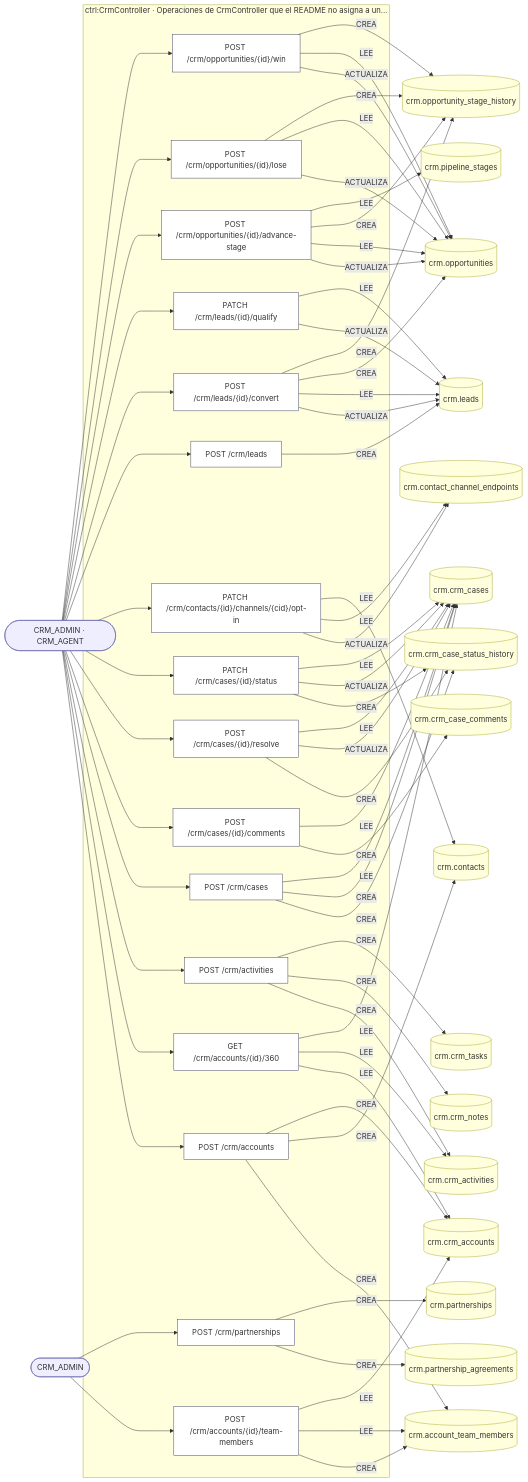
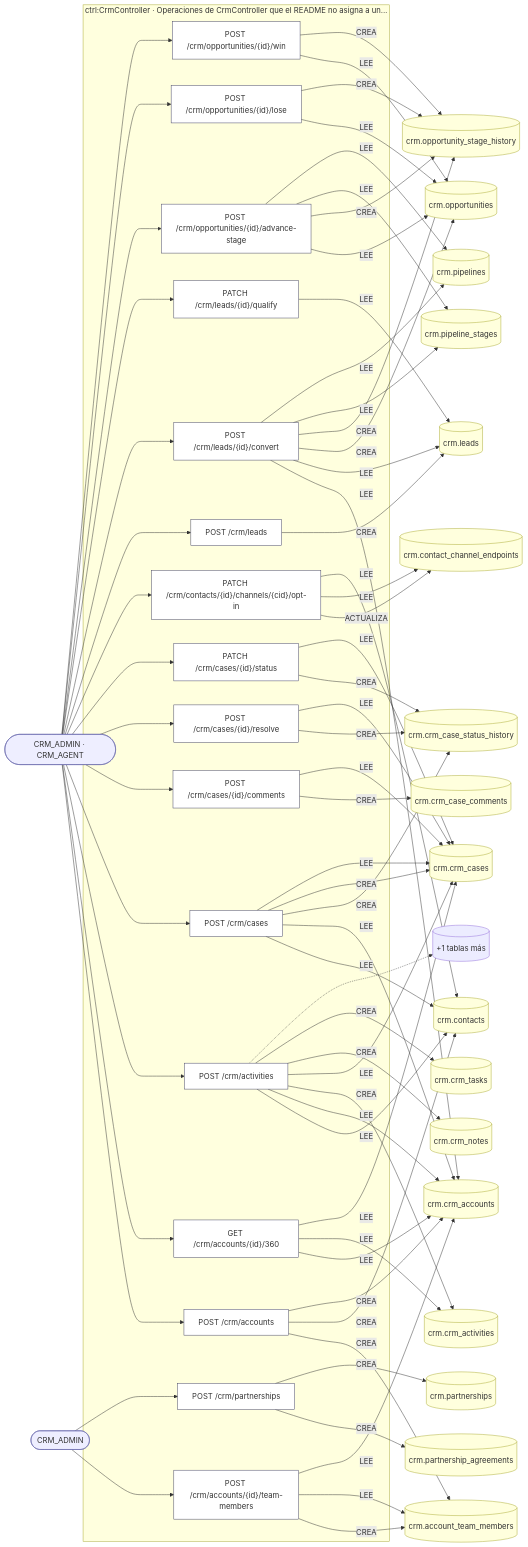
One commit to mdavila-2001/mantra-core-health-api changed the first of 15 diagrams in docs/inventario/flujos/crm.md. Above: the diagram before and after it, drawn with Mermaid. The commit also changed other lines of this file and 438 other files, not shown here.

```diff
--- a/docs/inventario/flujos/crm.md
+++ b/docs/inventario/flujos/crm.md
@@ -53,32 +53,34 @@
   t8[("crm.crm_cases")]:::tabla
   t12[("crm.crm_notes")]:::tabla
   t13[("crm.crm_tasks")]:::tabla
-  t15[("crm.crm_case_status_history")]:::tabla
-  t17[("crm.crm_case_comments")]:::tabla
-  t21[("crm.contact_channel_endpoints")]:::tabla
-  t23[("crm.leads")]:::tabla
-  t25[("crm.opportunities")]:::tabla
-  t26[("crm.opportunity_stage_history")]:::tabla
-  t29[("crm.pipeline_stages")]:::tabla
-  t33[("crm.partnership_agreements")]:::tabla
-  t34[("crm.partnerships")]:::tabla
+  t16[("crm.crm_case_status_history")]:::tabla
+  t18[("crm.crm_case_comments")]:::tabla
+  t22[("crm.contact_channel_endpoints")]:::tabla
+  t24[("crm.leads")]:::tabla
+  t26[("crm.opportunities")]:::tabla
+  t27[("crm.opportunity_stage_history")]:::tabla
+  t28[("crm.pipeline_stages")]:::tabla
+  t29[("crm.pipelines")]:::tabla
+  t35[("crm.partnership_agreements")]:::tabla
+  t36[("crm.partnerships")]:::tabla
+  t14[("+1 tablas más")]
   subgraph s0["ctrl:CrmController · Operaciones de CrmController que el README no asigna a un…"]
     o1["POST /crm/accounts"]:::op
     o6["GET /crm/accounts/{id}/360"]:::op
     o9["POST /crm/accounts/{id}/team-members"]:::op
     o11["POST /crm/activities"]:::op
-    o14["POST /crm/cases"]:::op
-    o16["POST /crm/cases/{id}/comments"]:::op
-    o18["POST /crm/cases/{id}/resolve"]:::op
-    o19["PATCH /crm/cases/{id}/status"]:::op
-    o20["PATCH /crm/contacts/{id}/channels/{cid}/opt-in"]:::op
-    o22["POST /crm/leads"]:::op
-    o24["POST /crm/leads/{id}/convert"]:::op
-    o27["PATCH /crm/leads/{id}/qualify"]:::op
-    o28["POST /crm/opportunities/{id}/advance-stage"]:::op
-    o30["POST /crm/opportunities/{id}/lose"]:::op
-    o31["POST /crm/opportunities/{id}/win"]:::op
-    o32["POST /crm/partnerships"]:::op
+    o15["POST /crm/cases"]:::op
+    o17["POST /crm/cases/{id}/comments"]:::op
+    o19["POST /crm/cases/{id}/resolve"]:::op
+    o20["PATCH /crm/cases/{id}/status"]:::op
+    o21["PATCH /crm/contacts/{id}/channels/{cid}/opt-in"]:::op
+    o23["POST /crm/leads"]:::op
+    o25["POST /crm/leads/{id}/convert"]:::op
+    o30["PATCH /crm/leads/{id}/qualify"]:::op
+    o31["POST /crm/opportunities/{id}/advance-stage"]:::op
+    o32["POST /crm/opportunities/{id}/lose"]:::op
+    o33["POST /crm/opportunities/{id}/win"]:::op
+    o34["POST /crm/partnerships"]:::op
   end
   a2 --> o1
   o1 -->|"CREA"| t3
@@ -93,54 +95,57 @@
   o9 -->|"LEE"| t3
   o9 -->|"LEE"| t5
   a2 --> o11
+  o11 -->|"LEE"| t4
+  o11 -->|"LEE"| t5
   o11 -->|"CREA"| t7
+  o11 -->|"LEE"| t8
   o11 -->|"CREA"| t12
   o11 -->|"CREA"| t13
-  a2 --> o14
-  o14 -->|"CREA"| t15
-  o14 -->|"CREA"| t8
-  o14 -->|"LEE"| t8
-  a2 --> o16
-  o16 -->|"CREA"| t17
-  o16 -->|"LEE"| t8
-  a2 --> o18
-  o18 -->|"CREA"| t15
-  o18 -->|"ACTUALIZA"| t8
-  o18 -->|"LEE"| t8
+  o11 -.-> t14
+  a2 --> o15
+  o15 -->|"LEE"| t4
+  o15 -->|"LEE"| t5
+  o15 -->|"CREA"| t16
+  o15 -->|"CREA"| t8
+  o15 -->|"LEE"| t8
+  a2 --> o17
+  o17 -->|"CREA"| t18
+  o17 -->|"LEE"| t8
   a2 --> o19
-  o19 -->|"CREA"| t15
-  o19 -->|"ACTUALIZA"| t8
+  o19 -->|"CREA"| t16
   o19 -->|"LEE"| t8
   a2 --> o20
-  o20 -->|"ACTUALIZA"| t21
-  o20 -->|"LEE"| t21
-  o20 -->|"LEE"| t4
-  a2 --> o22
-  o22 -->|"CREA"| t23
-  a2 --> o24
-  o24 -->|"ACTUALIZA"| t23
-  o24 -->|"LEE"| t23
-  o24 -->|"CREA"| t25
-  o24 -->|"CREA"| t26
-  a2 --> o27
-  o27 -->|"ACTUALIZA"| t23
-  o27 -->|"LEE"| t23
-  a2 --> o28
-  o28 -->|"ACTUALIZA"| t25
-  o28 -->|"LEE"| t25
-  o28 -->|"CREA"| t26
-  o28 -->|"LEE"| t29
+  o20 -->|"CREA"| t16
+  o20 -->|"LEE"| t8
+  a2 --> o21
+  o21 -->|"ACTUALIZA"| t22
+  o21 -->|"LEE"| t22
+  o21 -->|"LEE"| t4
+  a2 --> o23
+  o23 -->|"CREA"| t24
+  a2 --> o25
+  o25 -->|"LEE"| t5
+  o25 -->|"LEE"| t24
+  o25 -->|"CREA"| t26
+  o25 -->|"CREA"| t27
+  o25 -->|"LEE"| t28
+  o25 -->|"LEE"| t29
   a2 --> o30
-  o30 -->|"ACTUALIZA"| t25
-  o30 -->|"LEE"| t25
-  o30 -->|"CREA"| t26
+  o30 -->|"LEE"| t24
   a2 --> o31
-  o31 -->|"ACTUALIZA"| t25
-  o31 -->|"LEE"| t25
-  o31 -->|"CREA"| t26
-  a10 --> o32
-  o32 -->|"CREA"| t33
-  o32 -->|"CREA"| t34
+  o31 -->|"LEE"| t26
+  o31 -->|"CREA"| t27
+  o31 -->|"LEE"| t28
+  o31 -->|"LEE"| t29
+  a2 --> o32
+  o32 -->|"LEE"| t26
+  o32 -->|"CREA"| t27
+  a2 --> o33
+  o33 -->|"LEE"| t26
+  o33 -->|"CREA"| t27
+  a10 --> o34
+  o34 -->|"CREA"| t35
+  o34 -->|"CREA"| t36
   classDef op fill:#fff,stroke:#446
   classDef actor fill:#eef,stroke:#66a
   classDef tabla fill:#ffd,stroke:#aa3
```
